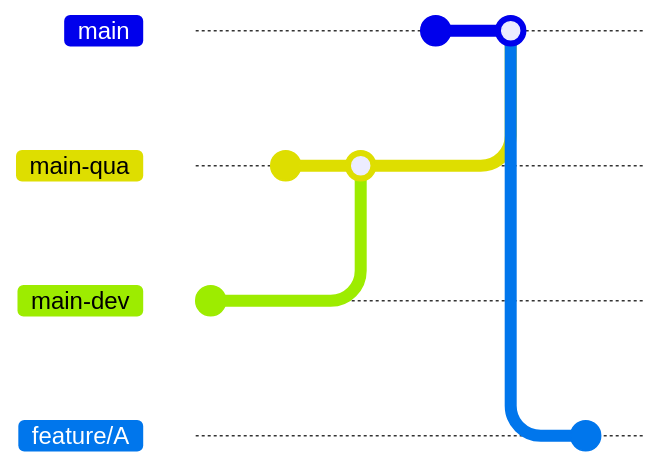
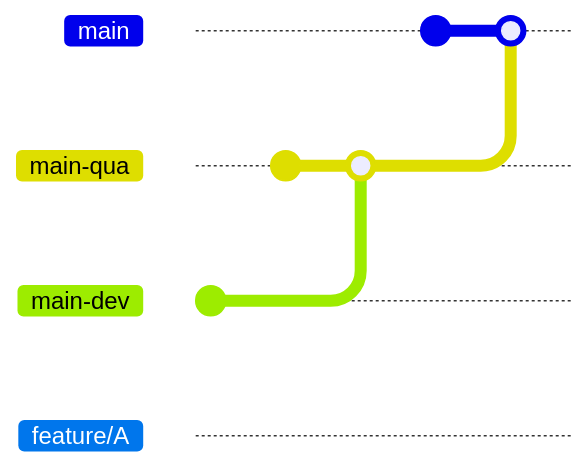
One commit to petitess/markdown changed the first of 4 diagrams in mermaid04.md. Above: the diagram before and after it, drawn with Mermaid. Commit ids are hidden.

````diff
--- a/mermaid04.md
+++ b/mermaid04.md
@@ -1,15 +1,14 @@
 ```mermaid
 
 gitGraph
        branch main-qua
        branch main-dev
        commit
        checkout main-qua
        commit
        merge main-dev
        checkout main
        commit
        merge main-qua
        branch feature/A
-       commit
 ```
````
